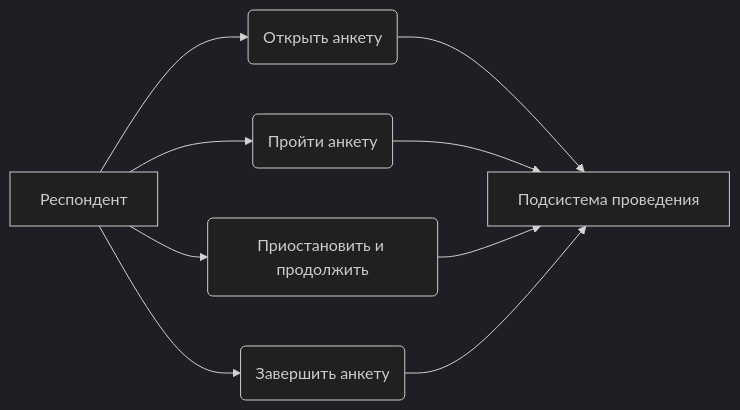
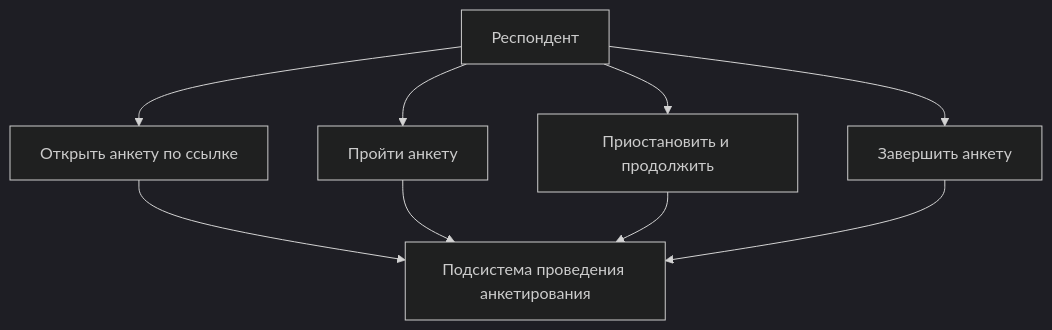
Before and after one commit to sanya2905/survey-constructor-service: the first of 3 diagrams in docs/vkr-podsystema-provedeniya-anketirovaniya.md, drawn with Mermaid (dark theme). The commit also changed other lines of this file and 1 other file, not shown here.

````diff
--- a/docs/vkr-podsystema-provedeniya-anketirovaniya.md
+++ b/docs/vkr-podsystema-provedeniya-anketirovaniya.md
@@ -70,11 +64,18 @@
 ```mermaid
-graph LR
-    R[Респондент] --> O(Открыть анкету)
-    R --> P(Пройти анкету)
-    R --> S(Приостановить и продолжить)
-    R --> Z(Завершить анкету)
-    O --> T[Подсистема проведения]
+flowchart TD
+    R[Респондент]
+    O[Открыть анкету по ссылке]
+    P[Пройти анкету]
+    S[Приостановить и продолжить]
+    Z[Завершить анкету]
+    T[Подсистема проведения анкетирования]
+
+    R --> O
+    R --> P
+    R --> S
+    R --> Z
+    O --> T
     P --> T
     S --> T
     Z --> T
 ```
````
